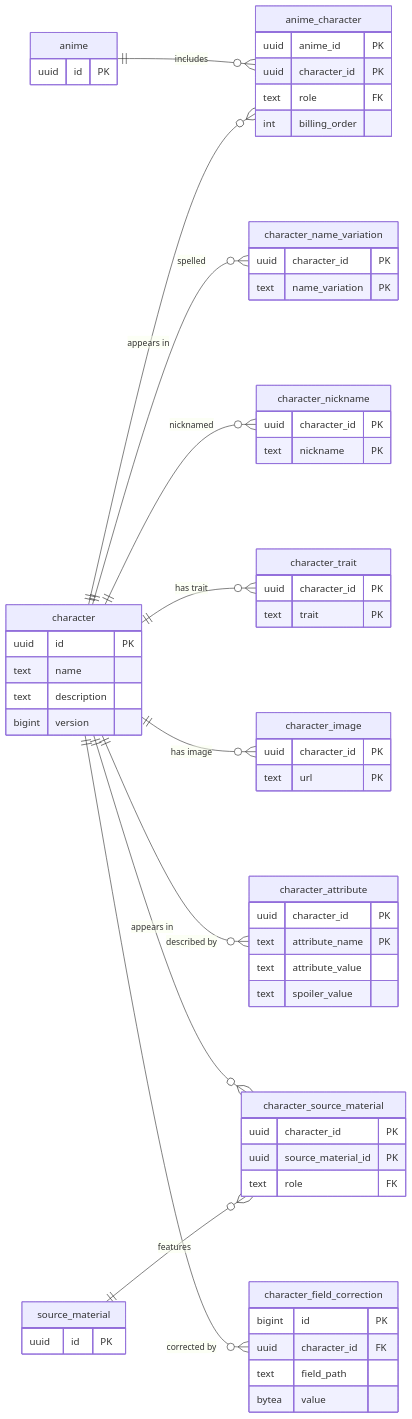
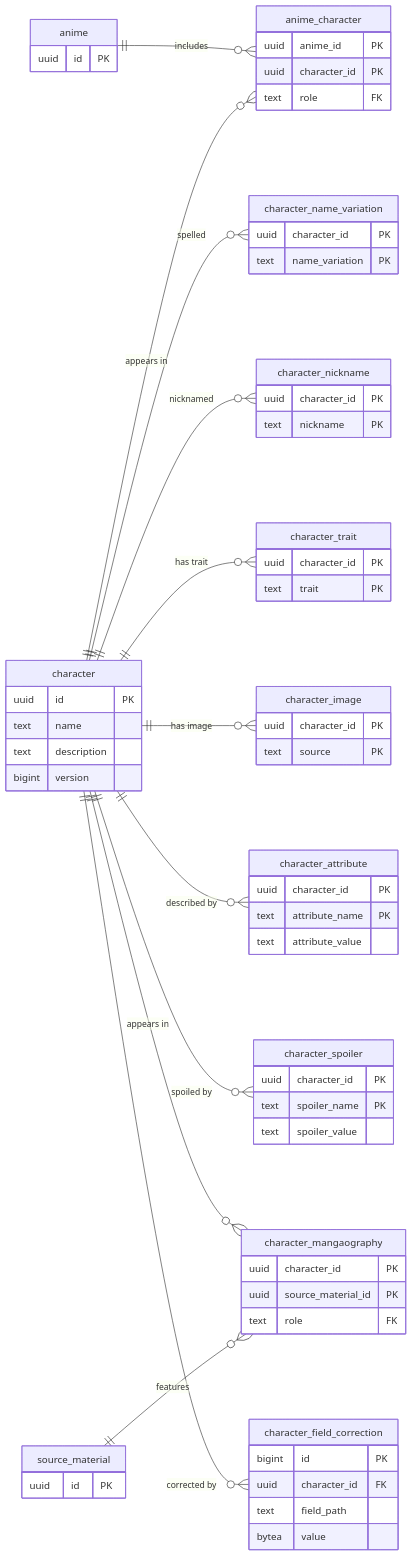
Before and after one commit to adnanaq/echora: the sixth of 8 diagrams in docs/architecture/Database Schema.md, drawn with Mermaid. The commit also changed other lines of this file and 265 other files, not shown here.

````diff
--- a/docs/architecture/Database Schema.md
+++ b/docs/architecture/Database Schema.md
@@ -338,66 +372,70 @@
 ```mermaid
 erDiagram
   direction LR
   anime ||--o{ anime_character : "includes"
   character ||--o{ anime_character : "appears in"
   character ||--o{ character_name_variation : "spelled"
   character ||--o{ character_nickname : "nicknamed"
   character ||--o{ character_trait : "has trait"
   character ||--o{ character_image : "has image"
   character ||--o{ character_attribute : "described by"
-  character ||--o{ character_source_material : "appears in"
-  source_material ||--o{ character_source_material : "features"
+  character ||--o{ character_spoiler : "spoiled by"
+  character ||--o{ character_mangaography : "appears in"
+  source_material ||--o{ character_mangaography : "features"
   character ||--o{ character_field_correction : "corrected by"
 
   anime {
     uuid id PK
   }
   character {
     uuid id PK
     text name
     text description
     bigint version
   }
   anime_character {
     uuid anime_id PK
     uuid character_id PK
     text role FK
-    int billing_order
   }
   character_name_variation {
     uuid character_id PK
     text name_variation PK
   }
   character_nickname {
     uuid character_id PK
     text nickname PK
   }
   character_trait {
     uuid character_id PK
     text trait PK
   }
   character_image {
     uuid character_id PK
-    text url PK
+    text source PK
   }
   character_attribute {
     uuid character_id PK
     text attribute_name PK
     text attribute_value
+  }
+  character_spoiler {
+    uuid character_id PK
+    text spoiler_name PK
     text spoiler_value
   }
-  character_source_material {
+  character_mangaography {
     uuid character_id PK
     uuid source_material_id PK
     text role FK
   }
   source_material {
     uuid id PK
   }
   character_field_correction {
     bigint id PK
     uuid character_id FK
     text field_path
     bytea value
   }
 ```
````
